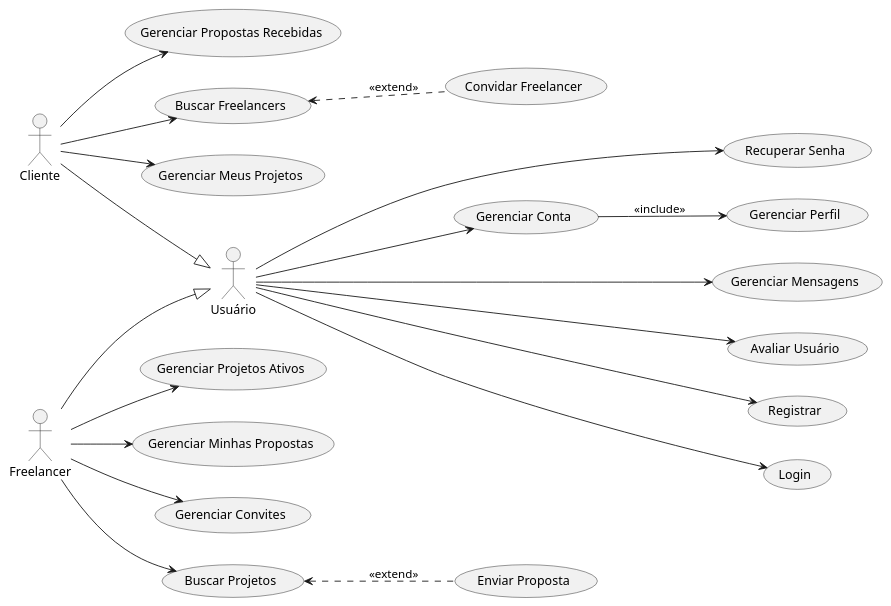
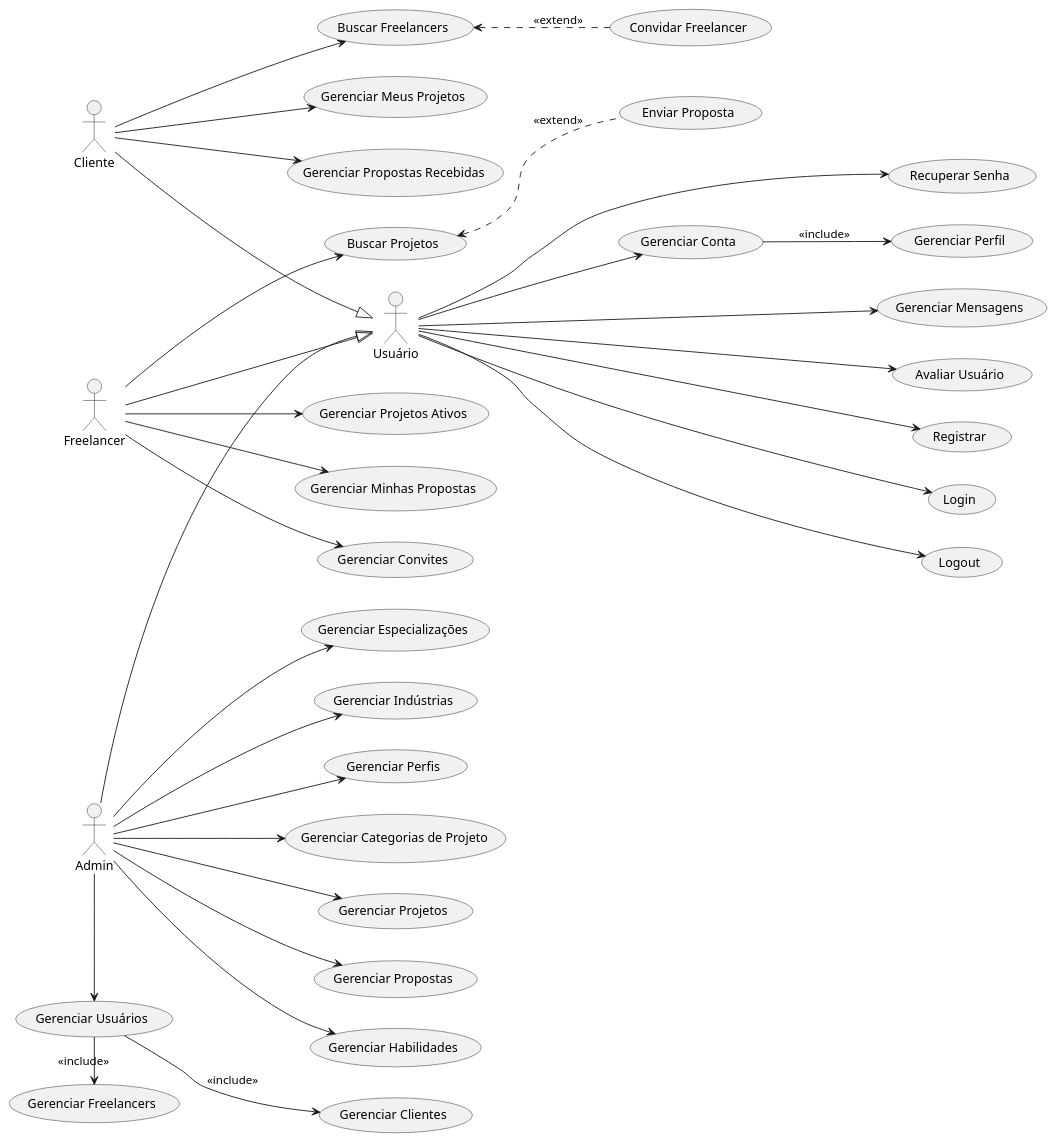
The diagram in docs/useCaseDiagram.puml (lucasneiva/armoredcode), drawn with PlantUML before and after one commit.

```diff
--- a/docs/useCaseDiagram.puml
+++ b/docs/useCaseDiagram.puml
@@ -1,53 +1,82 @@
 @startuml usecase diagram
 left to right direction
 
 actor Usuário as User
 actor Cliente
 actor Freelancer
+actor Admin
 
 
 usecase "Registrar" as UC_Registrar
 usecase "Login" as UC_Login
+usecase "Logout" as UC_Logout
 usecase "Recuperar Senha" as UC_RecuperarSenha
 usecase "Gerenciar Conta" as UC_GerenciarConta
 usecase "Gerenciar Mensagens" as UC_GerenciarMensagens
 usecase "Avaliar Usuário" as UC_AvaliarUsuario
 
 usecase "Gerenciar Perfil" as UC_GerenciarPerfil
 
 usecase "Enviar Proposta" as UC_EnviarProposta
 usecase "Buscar Projetos" as UC_BuscarProjetos
 usecase "Gerenciar Projetos Ativos" as UC_GPA
 usecase "Gerenciar Minhas Propostas" as UC_GMPropostas
 usecase "Gerenciar Convites" as UC_GerenciarConvites
 
 usecase "Gerenciar Meus Projetos" as UC_GMProjetos
 usecase "Gerenciar Propostas Recebidas" as UC_GPR
 usecase "Convidar Freelancer" as UC_ConvidarFreelancer
 usecase "Buscar Freelancers" as UC_BuscarFreelancers
 
+usecase "Gerenciar Usuários" as UC_GerenciarUsuarios
+usecase "Gerenciar Clientes" as UC_GerenciarClientes
+usecase "Gerenciar Freelancers" as UC_GerenciarFreelancers
+
+usecase "Gerenciar Indústrias" as UC_GerenciarIndustrias
+usecase "Gerenciar Perfis" as UC_GerenciarPerfis
+usecase "Gerenciar Categorias de Projeto" as UC_GerenciarCDP
+usecase "Gerenciar Projetos" as UC_GerenciarProjetos
+usecase "Gerenciar Propostas" as UC_GerenciarPropostas
+usecase "Gerenciar Habilidades" as UC_GerenciarHabilidades
+usecase "Gerenciar Especializações" as UC_GerenciarEspecializacoes
+
+Admin --|> User
+Cliente --|> User
+Freelancer --|> User
+
 User ---> UC_AvaliarUsuario
 User --> UC_GerenciarConta
 User ---> UC_GerenciarMensagens
 User ---> UC_Login
+User ---> UC_Logout
 User ---> UC_RecuperarSenha
 User ---> UC_Registrar
 
-Cliente --|> User
-Freelancer --|> User
-
 UC_GerenciarConta --> UC_GerenciarPerfil : <<include>>
 
-UC_BuscarFreelancers <.. UC_ConvidarFreelancer : <<extend>>  
+UC_BuscarFreelancers <.. UC_ConvidarFreelancer : <<extend>>
 UC_BuscarProjetos <.. UC_EnviarProposta : <<extend>>
 
 Freelancer --> UC_BuscarProjetos
 Freelancer --> UC_GerenciarConvites
 Freelancer --> UC_GPA
 Freelancer --> UC_GMPropostas
 
 Cliente --> UC_BuscarFreelancers
 Cliente --> UC_GMProjetos
 Cliente --> UC_GPR
 
+Admin -> UC_GerenciarUsuarios
+
+UC_GerenciarUsuarios --> UC_GerenciarClientes : <<include>>
+UC_GerenciarUsuarios -> UC_GerenciarFreelancers : <<include>>
+
+Admin --> UC_GerenciarIndustrias
+Admin --> UC_GerenciarPerfis
+Admin --> UC_GerenciarCDP
+Admin --> UC_GerenciarProjetos
+Admin --> UC_GerenciarPropostas
+Admin --> UC_GerenciarHabilidades
+Admin --> UC_GerenciarEspecializacoes
+
 @enduml 
```
